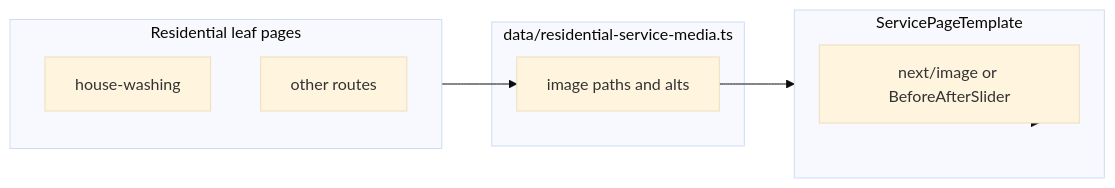
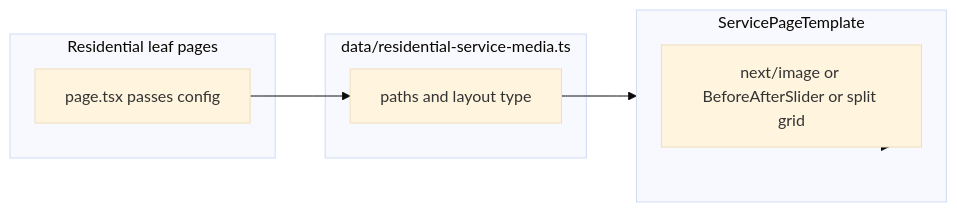
The diagram in docs/plans/UPDATING_IMPROVEMENTS.md (Legallycholo/V0--Pressure-Washing-Xperts), drawn with Mermaid (base theme) before and after one commit. The commit also changed other lines of this file, not shown here.

````diff
--- a/docs/plans/UPDATING_IMPROVEMENTS.md
+++ b/docs/plans/UPDATING_IMPROVEMENTS.md
@@ -65,16 +108,15 @@
 ```mermaid
 flowchart LR
+  subgraph data [data/residential-service-media.ts]
+    M[paths and layout type]
+  end
   subgraph pages [Residential leaf pages]
-    P1[house-washing]
-    P2[other routes]
-  end
-  subgraph data [data/residential-service-media.ts]
-    M[image paths and alts]
+    P[page.tsx passes config]
   end
   subgraph template [ServicePageTemplate]
-    I[next/image or BeforeAfterSlider]
+    T[next/image or BeforeAfterSlider or split grid]
   end
-  pages --> M
+  P --> M
   M --> template
-  template --> I
+  template --> T
 ```
````
